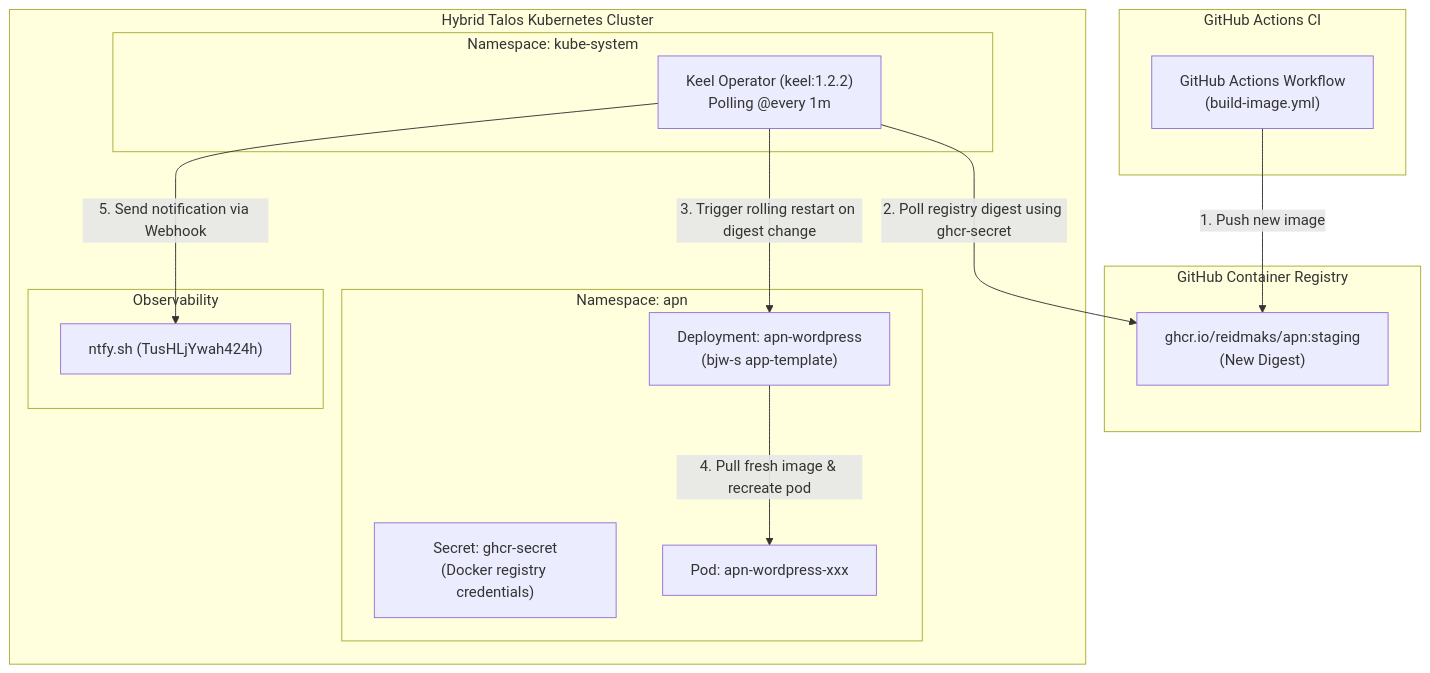
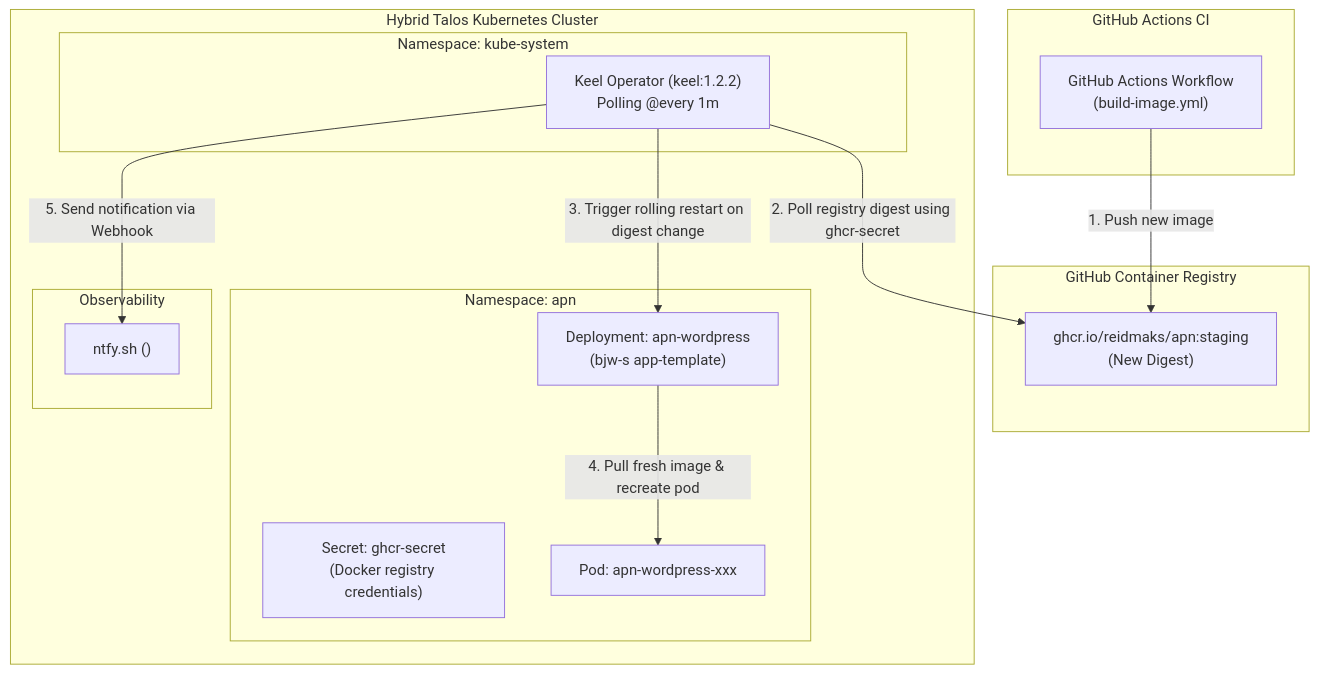
The diagram in docs/architecture/026-keel-image-automation.md (reidMaks/test), drawn with Mermaid before and after one commit. The commit also changed other lines of this file and 7 other files, not shown here.

Commit message:
feat(gitops): replace keel and diun with renovate bot and remove leaked ntfy topic (IAAC-14, IAAC-22)

````diff
--- a/docs/architecture/026-keel-image-automation.md
+++ b/docs/architecture/026-keel-image-automation.md
@@ -16,32 +19,32 @@
 ```mermaid
 flowchart TD
     subgraph CI["GitHub Actions CI"]
         GHA["GitHub Actions Workflow<br/>(build-image.yml)"]
     end
 
     subgraph Registry["GitHub Container Registry"]
         GHCR["ghcr.io/reidmaks/apn:staging<br/>(New Digest)"]
     end
 
     subgraph Cluster["Hybrid Talos Kubernetes Cluster"]
         subgraph KubeSystem["Namespace: kube-system"]
             Keel["Keel Operator (keel:1.2.2)<br/>Polling @every 1m"]
         end
 
         subgraph APN_NS["Namespace: apn"]
             Secret["Secret: ghcr-secret<br/>(Docker registry credentials)"]
             Deployment["Deployment: apn-wordpress<br/>(bjw-s app-template)"]
             Pod["Pod: apn-wordpress-xxx"]
         end
 
         subgraph Notifications["Observability"]
-            Ntfy["ntfy.sh (TusHLjYwah424h)"]
+            Ntfy["ntfy.sh (<redacted-topic>)"]
         end
     end
 
     GHA -->|1. Push new image| GHCR
     Keel -->|2. Poll registry digest using ghcr-secret| GHCR
     Keel -->|3. Trigger rolling restart on digest change| Deployment
     Deployment -->|4. Pull fresh image & recreate pod| Pod
     Keel -->|5. Send notification via Webhook| Ntfy
 ```
````
